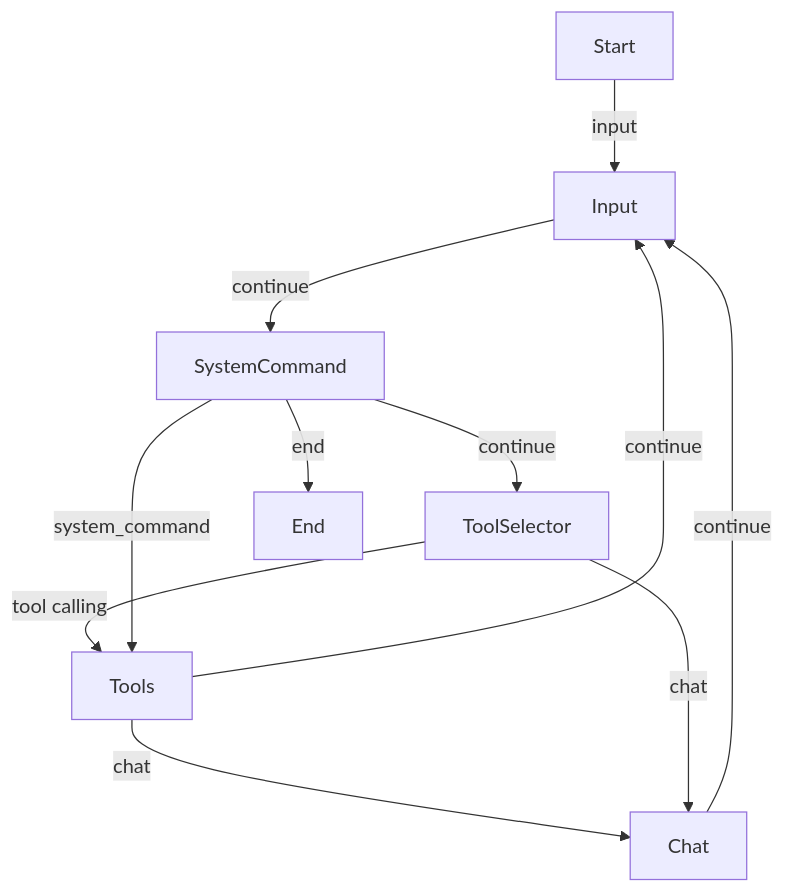
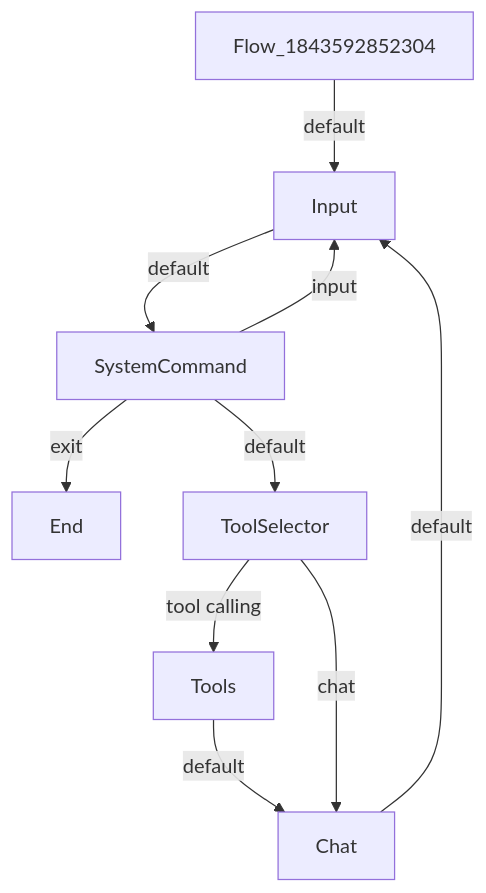
One commit to datanooblol/broverse changed the diagram in flow.md. Above: the diagram before and after it, drawn with Mermaid. The commit also changed 25 other files, not shown here.

````diff
--- a/flow.md
+++ b/flow.md
@@ -1,13 +1,12 @@
 ```mermaid
 flowchart TD
-    Start -->|input| Input
-    Input -->|continue| SystemCommand
-    SystemCommand -->|continue| ToolSelector
+    Flow_1843592852304 -->|default| Input
+    Input -->|default| SystemCommand
+    SystemCommand -->|input| Input
+    SystemCommand -->|exit| End
+    SystemCommand -->|default| ToolSelector
     ToolSelector -->|tool calling| Tools
-    Tools -->|chat| Chat
-    Chat -->|continue| Input
-    Tools -->|continue| Input
+    Tools -->|default| Chat
+    Chat -->|default| Input
     ToolSelector -->|chat| Chat
-    SystemCommand -->|system_command| Tools
-    SystemCommand -->|end| End
 ```
````
